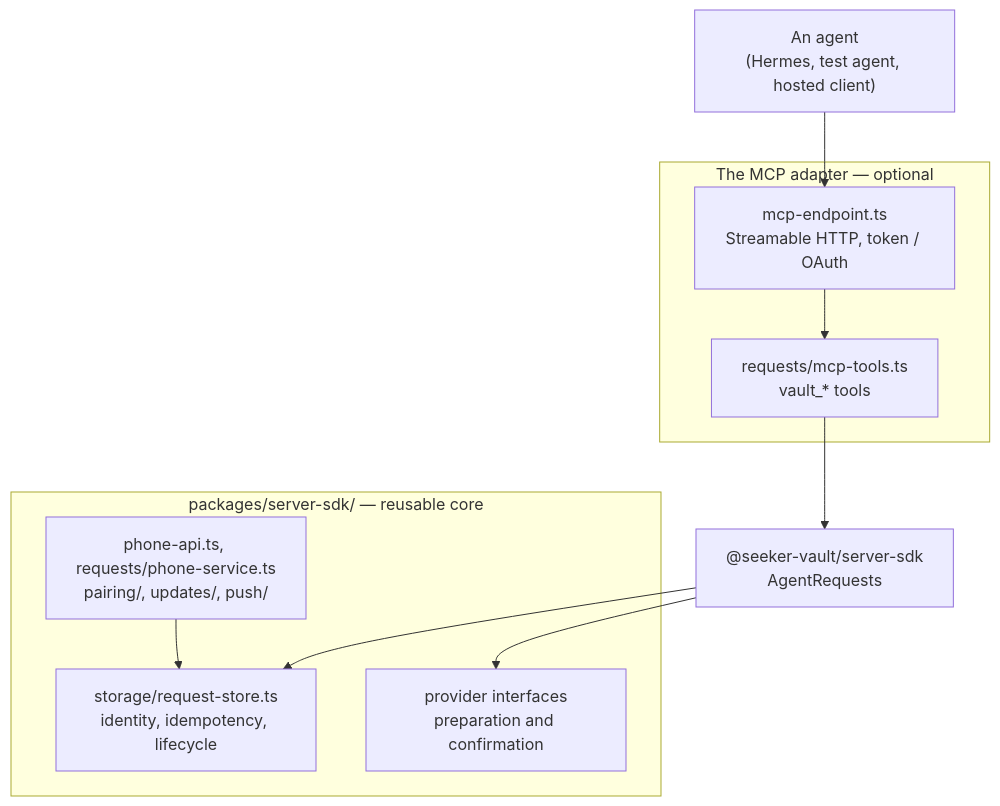
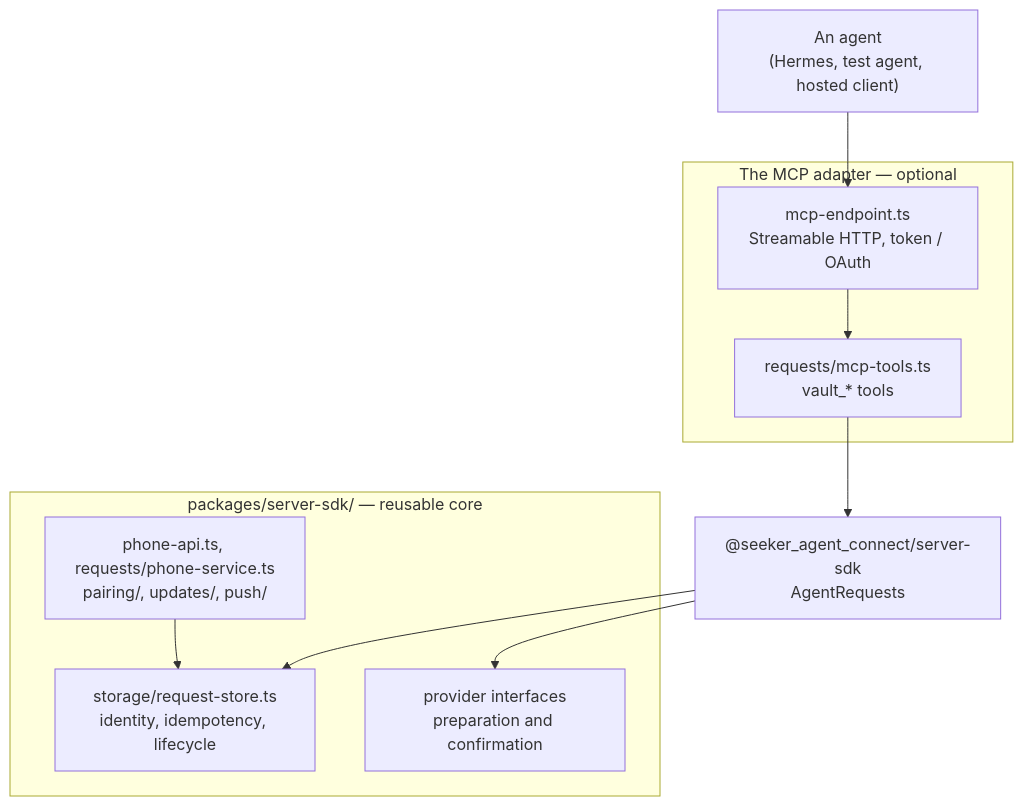
Before and after one commit to SeekerAgentConnect/sac: the diagram in docs/wiki/mcp-adapter.md, drawn with Mermaid. The commit also changed other lines of this file and 90 other files, not shown here.

````diff
--- a/docs/wiki/mcp-adapter.md
+++ b/docs/wiki/mcp-adapter.md
@@ -27,17 +27,17 @@
 ```mermaid
 flowchart TB
     Agent["An agent<br>(Hermes, test agent, hosted client)"]
     subgraph adapter["The MCP adapter — optional"]
         Endpoint["mcp-endpoint.ts<br>Streamable HTTP, token / OAuth"]
         Tools["requests/mcp-tools.ts<br>vault_* tools"]
     end
-    Boundary["@seeker-vault/server-sdk<br>AgentRequests"]
+    Boundary["@seeker_agent_connect/server-sdk<br>AgentRequests"]
     subgraph core["packages/server-sdk/ — reusable core"]
         Store["storage/request-store.ts<br>identity, idempotency, lifecycle"]
         Phone["phone-api.ts, requests/phone-service.ts<br>pairing/, updates/, push/"]
         Chain["provider interfaces<br>preparation and confirmation"]
     end
     Agent --> Endpoint --> Tools --> Boundary --> Store
     Boundary --> Chain
     Phone --> Store
 ```
````
